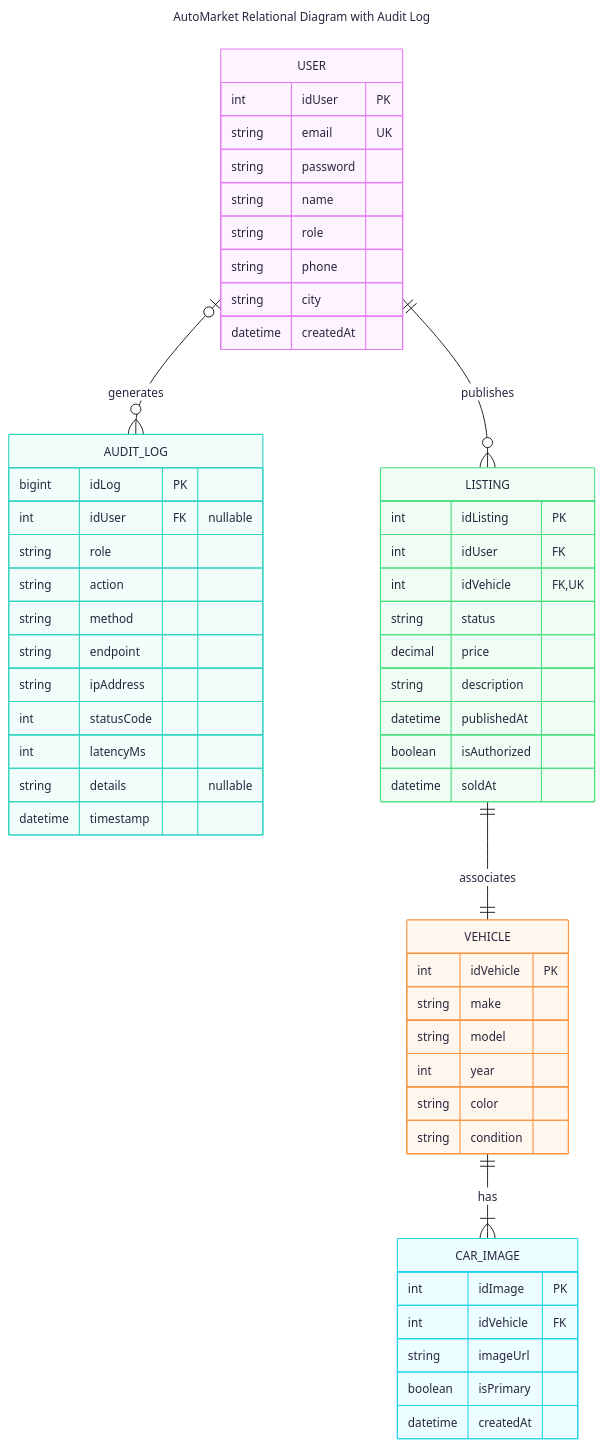
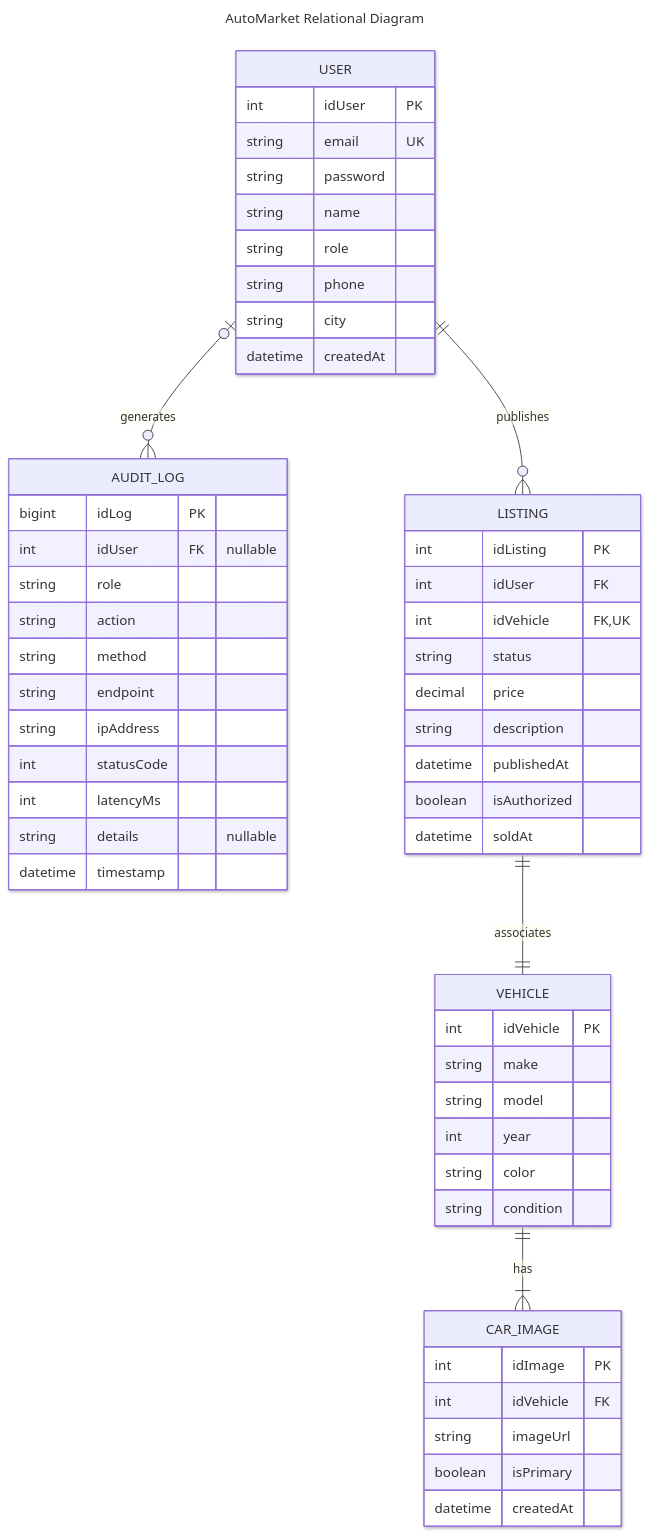
One commit to Ckancord33/autoMarket_AAA_workshop changed the diagram in README.md. Above: the diagram before and after it, drawn with Mermaid.

Commit message:
docs: changes the mermaid theme for better looking

````diff
--- a/README.md
+++ b/README.md
@@ -21,68 +21,68 @@
 ```mermaid
 ---
 config:
-  theme: redux-color
-  look: classic
-title: AutoMarket Relational Diagram with Audit Log
+  theme: mc
+  look: neo
+title: AutoMarket Relational Diagram
 ---
 erDiagram
 	direction TB
 	USER {
 		int idUser PK ""  
 		string email UK ""  
 		string password  ""  
 		string name  ""  
 		string role  ""  
 		string phone  ""  
 		string city  ""  
 		datetime createdAt  ""  
 	}
 
 	AUDIT_LOG {
 		bigint idLog PK ""  
 		int idUser FK "nullable"  
 		string role  ""  
 		string action  ""  
 		string method  ""  
 		string endpoint  ""  
 		string ipAddress  ""  
 		int statusCode  ""  
 		int latencyMs  ""  
 		string details  "nullable"  
 		datetime timestamp  ""  
 	}
 
 	VEHICLE {
 		int idVehicle PK ""  
 		string make  ""  
 		string model  ""  
 		int year  ""   
 		string color  ""  
 		string condition  ""  
 	}
 
 	CAR_IMAGE {
 		int idImage PK ""  
 		int idVehicle FK ""  
 		string imageUrl  ""  
 		boolean isPrimary  ""  
 		datetime createdAt  ""  
 	}
 
 	LISTING {
 		int idListing PK ""  
 		int idUser FK ""  
 		int idVehicle FK,UK ""  
 		string status  ""  
 		decimal price  ""  
 		string description  ""  
 		datetime publishedAt  ""  
 		boolean isAuthorized  ""  
 		datetime soldAt  ""  
 	}
 
 	USER||--o{LISTING:"publishes"
 	LISTING||--||VEHICLE:"associates"
 	VEHICLE||--|{CAR_IMAGE:"has"
 	USER|o--o{AUDIT_LOG:"generates"
 ```
````
